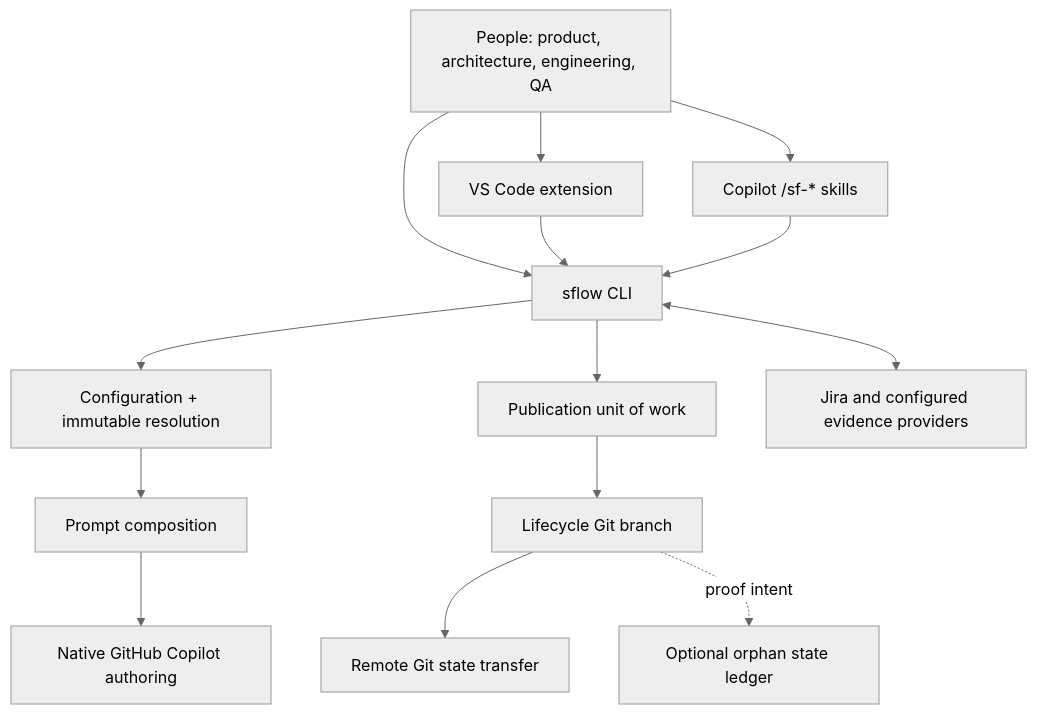
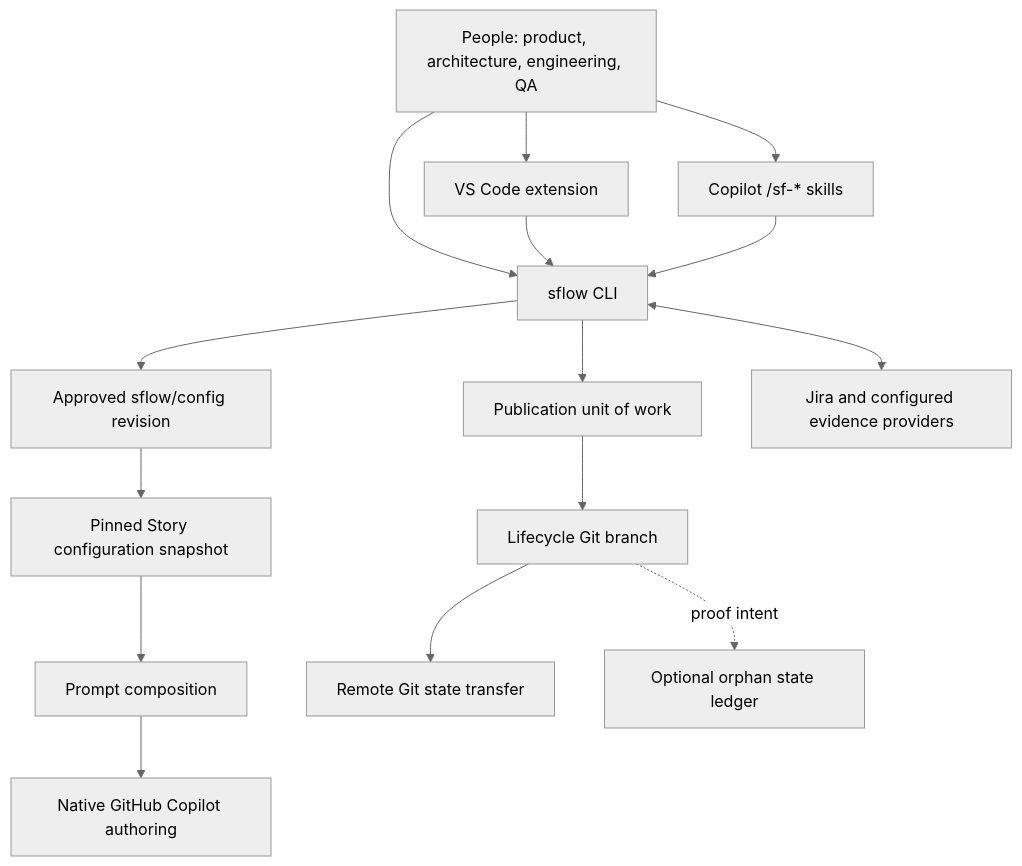
One commit to ashokraj2011/singularityflow changed the first of 4 diagrams in ARCHITECTURE.md. Above: the diagram before and after it, drawn with Mermaid (neutral theme). The commit also changed other lines of this file and 15 other files, not shown here.

Commit message:
Move shared configuration to sflow/config

````diff
--- a/ARCHITECTURE.md
+++ b/ARCHITECTURE.md
@@ -16,16 +16,17 @@
 ```mermaid
 flowchart TB
   H["People: product, architecture, engineering, QA"] --> V["VS Code extension"]
   H --> C["Copilot /sf-* skills"]
   H --> T["sflow CLI"]
   V --> T
   C --> T
-  T --> X["Configuration + immutable resolution"]
-  X --> P["Prompt composition"]
+  T --> X["Approved sflow/config revision"]
+  X --> Y["Pinned Story configuration snapshot"]
+  Y --> P["Prompt composition"]
   P --> AI["Native GitHub Copilot authoring"]
   T --> U["Publication unit of work"]
   U --> G["Lifecycle Git branch"]
   G --> R["Remote Git state transfer"]
   T <--> J["Jira and configured evidence providers"]
   G -. proof intent .-> L["Optional orphan state ledger"]
 ```
````
